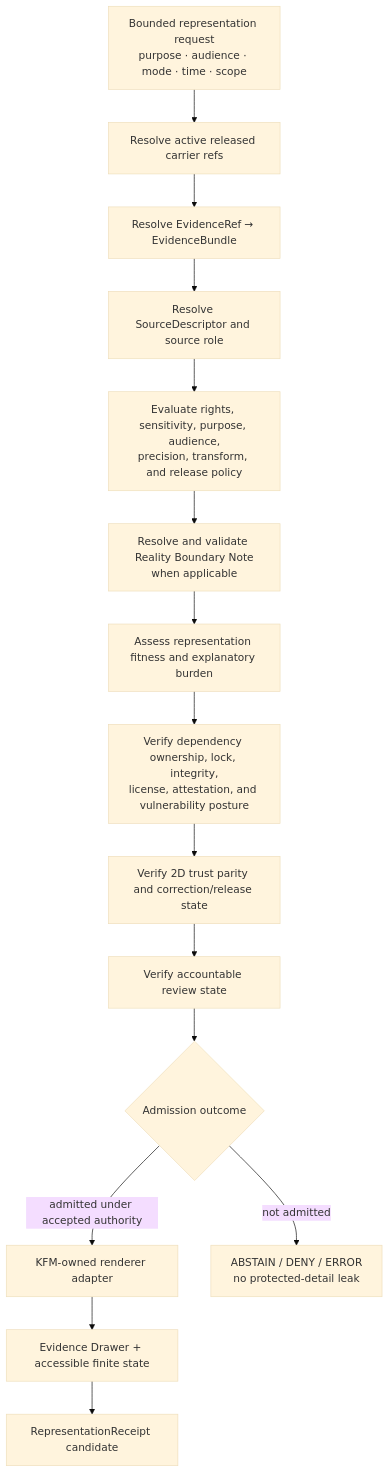
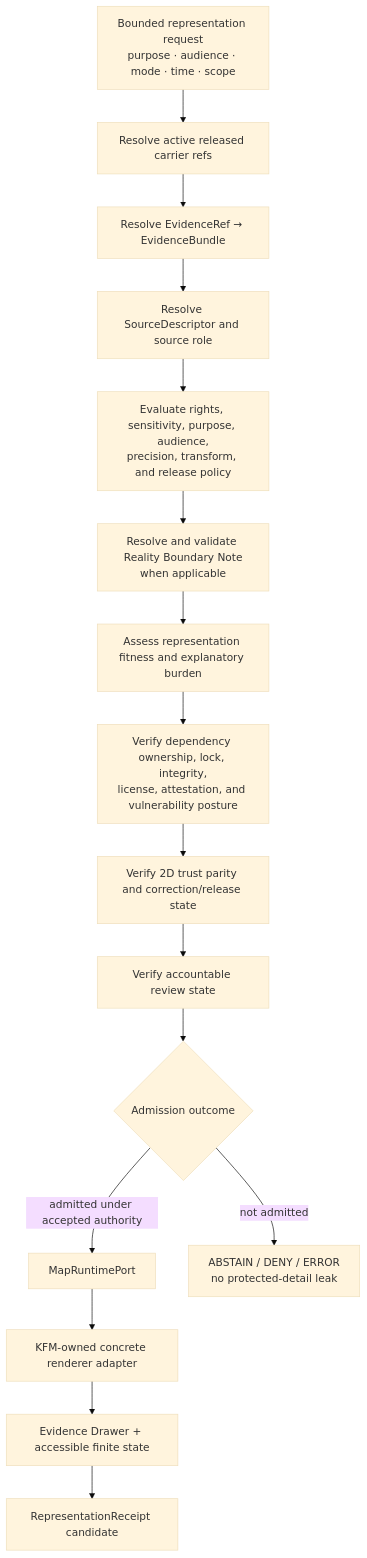
The third of 4 diagrams in docs/architecture/planetary-3d.md (bartytime4life/Kansas-Frontier-Matrix), drawn with Mermaid (base theme) before and after one commit. The commit also changed other lines of this file, not shown here.

Commit message:
docs(3d): reconcile parent architecture with merged seam

````diff
--- a/docs/architecture/planetary-3d.md
+++ b/docs/architecture/planetary-3d.md
@@ -504,22 +536,23 @@
 ```mermaid
 flowchart TD
   REQ["Bounded representation request<br/>purpose · audience · mode · time · scope"]
   REL["Resolve active released carrier refs"]
   EVD["Resolve EvidenceRef → EvidenceBundle"]
   SRC["Resolve SourceDescriptor and source role"]
   POL["Evaluate rights, sensitivity, purpose, audience,<br/>precision, transform, and release policy"]
   RBN["Resolve and validate Reality Boundary Note<br/>when applicable"]
   FIT["Assess representation fitness and explanatory burden"]
   DEP["Verify dependency ownership, lock, integrity,<br/>license, attestation, and vulnerability posture"]
   PAR["Verify 2D trust parity and correction/release state"]
   REV["Verify accountable review state"]
   ADM{"Admission outcome"}
-  ADP["KFM-owned renderer adapter"]
+  PORT["MapRuntimePort"]
+  ADP["KFM-owned concrete renderer adapter"]
   UI["Evidence Drawer + accessible finite state"]
   REC["RepresentationReceipt candidate"]
   DEN["ABSTAIN / DENY / ERROR<br/>no protected-detail leak"]
 
   REQ --> REL --> EVD --> SRC --> POL --> RBN --> FIT --> DEP --> PAR --> REV --> ADM
-  ADM -->|"admitted under accepted authority"| ADP --> UI --> REC
+  ADM -->|"admitted under accepted authority"| PORT --> ADP --> UI --> REC
   ADM -->|"not admitted"| DEN
 ```
````
